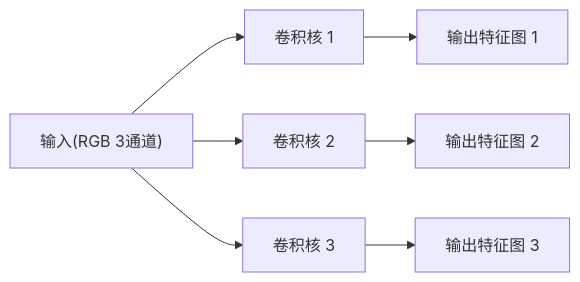
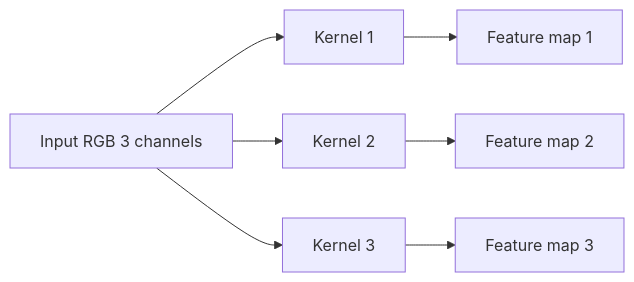
The first of 2 diagrams in Artificial_Intelligence/DeepLearningRM/学习笔记/概念原理/N007 卷积层运算步幅填充多卷积核.md (Korotomx/STD), drawn with Mermaid before and after one commit. The commit also changed other lines of this file and 173 other files, not shown here.

````diff
--- a/Artificial_Intelligence/DeepLearningRM/学习笔记/概念原理/N007 卷积层运算步幅填充多卷积核.md
+++ b/Artificial_Intelligence/DeepLearningRM/学习笔记/概念原理/N007 卷积层运算步幅填充多卷积核.md
@@ -76,9 +52,9 @@
 ```mermaid
 flowchart LR
-    IN["输入(RGB 3通道)"] --> K1["卷积核 1"]
-    IN --> K2["卷积核 2"]
-    IN --> K3["卷积核 3"]
-    K1 --> O1["输出特征图 1"]
-    K2 --> O2["输出特征图 2"]
-    K3 --> O3["输出特征图 3"]
+    IN["Input RGB 3 channels"] --> K1["Kernel 1"]
+    IN --> K2["Kernel 2"]
+    IN --> K3["Kernel 3"]
+    K1 --> O1["Feature map 1"]
+    K2 --> O2["Feature map 2"]
+    K3 --> O3["Feature map 3"]
 ```
````
